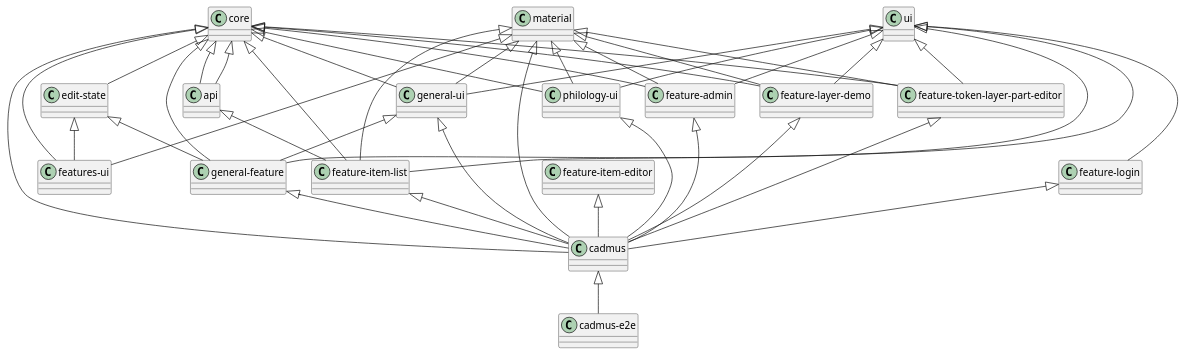
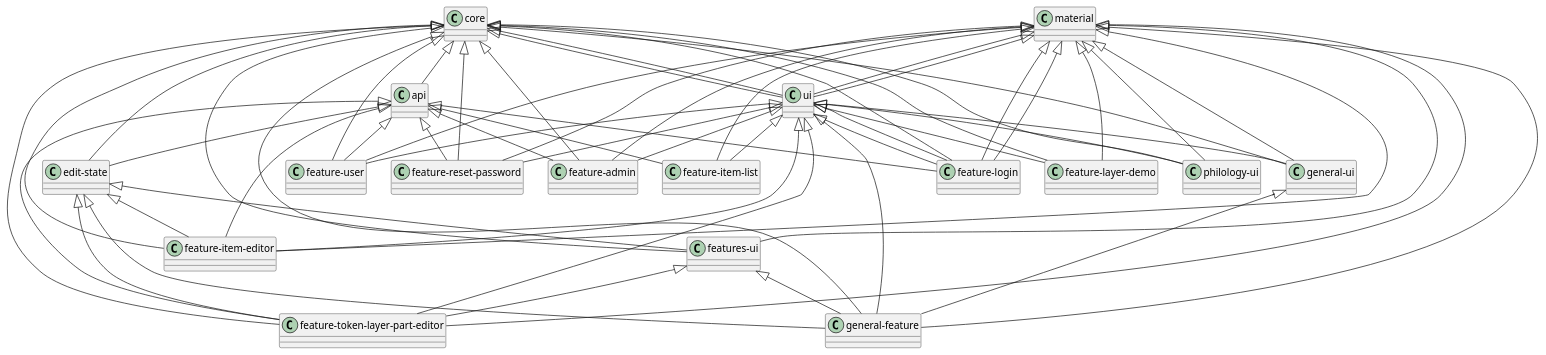
Before and after one commit to vedph/cadmus_web: the diagram in doc/architecture.md, drawn with PlantUML. The commit also changed other lines of this file, not shown here.

Commit message:
Updated architecture doc

````diff
--- a/doc/architecture.md
+++ b/doc/architecture.md
@@ -19,46 +51,77 @@
 ```plantuml
 @startuml
 core <|-- api
+
+core <|-- ui
+material <|-- ui
+
+core <|-- "edit-state"
+api <|-- "edit-state"
+
+material <|-- "feature-login"
+ui <|-- "feature-login"
+
+core <|-- "feature-login"
+material <|-- "feature-login"
+api <|-- "feature-login"
+ui <|-- "feature-login"
+
+core <|-- "feature-user"
+material <|-- "feature-user"
+api <|-- "feature-user"
+ui <|-- "feature-user"
+
+core <|-- "feature-reset-password"
+material <|-- "feature-reset-password"
+api <|-- "feature-reset-password"
+ui <|-- "feature-reset-password"
+
+api <|-- "feature-item-list"
+material <|-- "feature-item-list"
+ui <|-- "feature-item-list"
+
+core <|-- "feature-item-editor"
+material <|-- "feature-item-editor"
+api <|-- "feature-item-editor"
+ui <|-- "feature-item-editor"
+"edit-state" <|-- "feature-item-editor"
+
+core <|-- "feature-token-layer-part-editor"
+material <|-- "feature-token-layer-part-editor"
+api <|-- "feature-token-layer-part-editor"
+ui <|-- "feature-token-layer-part-editor"
+"edit-state" <|-- "feature-token-layer-part-editor"
+"features-ui" <|-- "feature-token-layer-part-editor"
+
+core <|-- "feature-admin"
+material <|-- "feature-admin"
+api <|-- "feature-admin"
+ui <|-- "feature-admin"
+
+core <|-- "features-ui"
+material <|-- "features-ui"
+"edit-state" <|-- "features-ui"
+
+core <|-- "feature-layer-demo"
+material <|-- "feature-layer-demo"
+ui <|-- "feature-layer-demo"
+
 core <|-- "general-ui"
+material <|-- "general-ui"
+ui <|-- "general-ui"
+
 core <|-- "general-feature"
+material <|-- "general-feature"
+ui <|-- "general-feature"
+"general-ui" <|-- "general-feature"
+"edit-state" <|-- "general-feature"
+"features-ui" <|-- "general-feature"
+
 core <|-- "philology-ui"
-core <|-- "feature-admin"
-core <|-- "features-ui"
-core <|-- "feature-layer-demo"
-core <|-- "feature-item-list"
-core <|-- "feature-token-layer-part-editor"
-api <|-- "feature-item-list"
-core <|-- api
-core <|-- cadmus
-material <|-- "general-ui"
 material <|-- "philology-ui"
-material <|-- "feature-admin"
-material <|-- "features-ui"
-material <|-- "feature-layer-demo"
-material <|-- "feature-item-list"
-material <|-- "feature-token-layer-part-editor"
-material <|-- cadmus
-core <|-- "edit-state"
-"edit-state" <|-- "general-feature"
-"edit-state" <|-- "features-ui"
-ui <|-- "general-ui"
-ui <|-- "general-feature"
 ui <|-- "philology-ui"
-ui <|-- "feature-admin"
-ui <|-- "feature-layer-demo"
-ui <|-- "feature-item-list"
-ui <|-- "feature-login"
-ui <|-- "feature-token-layer-part-editor"
-"general-ui" <|-- cadmus
-"general-ui" <|-- "general-feature"
-"general-feature" <|-- cadmus
-"philology-ui" <|-- cadmus
-"feature-admin" <|-- cadmus
-"feature-layer-demo" <|-- cadmus
-"feature-item-list" <|-- cadmus
-"feature-item-editor" <|-- cadmus
-"feature-token-layer-part-editor" <|-- cadmus
-"feature-login" <|-- cadmus
-cadmus <|-- "cadmus-e2e"
+
+core <|-- ui
+material <|-- ui
 @enduml
 ```
````
